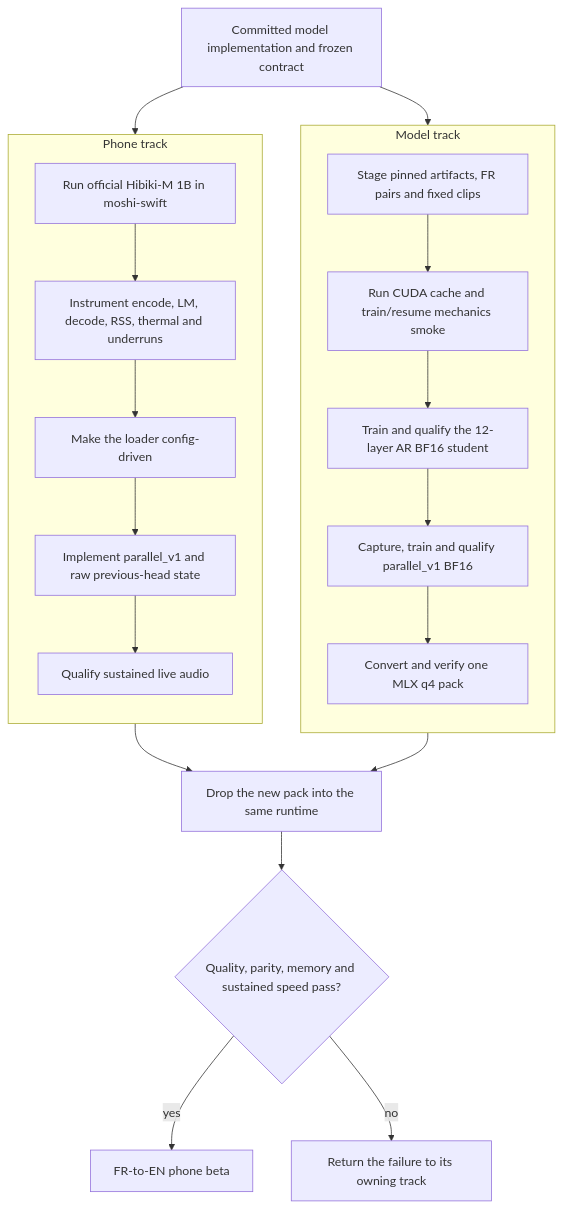
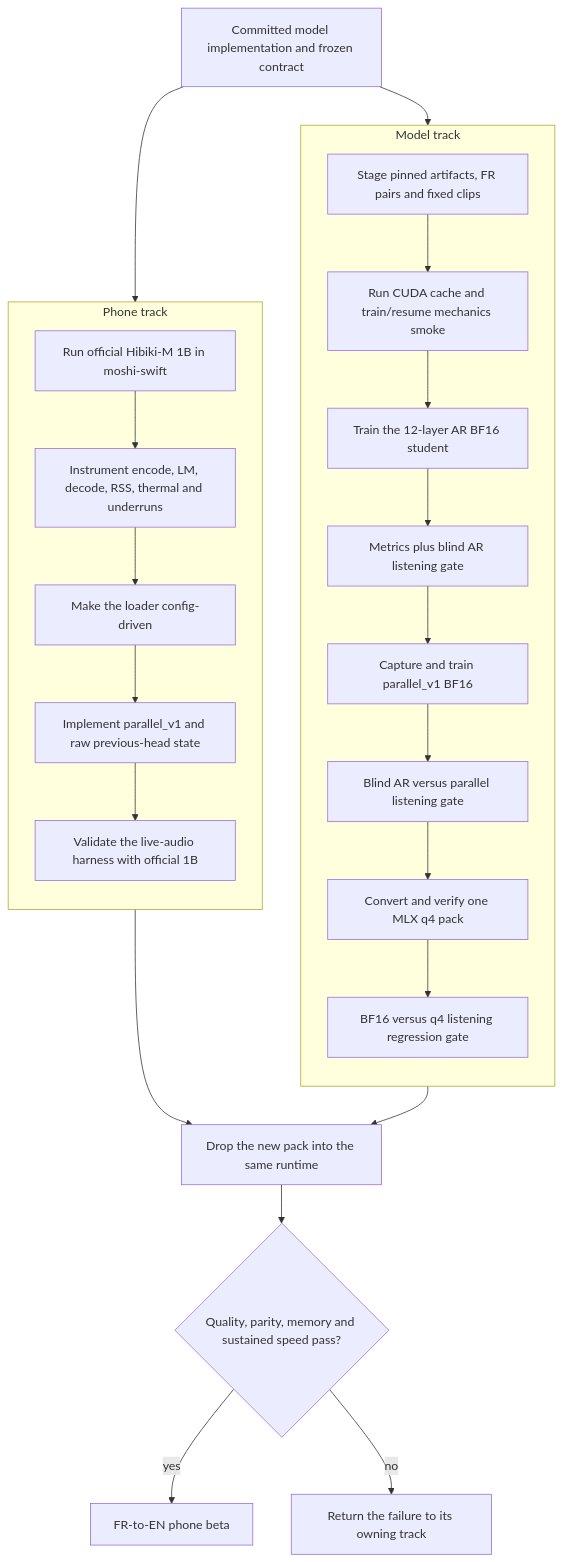
Before and after one commit to huybik/hibiki-zero-mlx: the first of 4 diagrams in docs/mobile_student_plan.md, drawn with Mermaid. The commit also changed other lines of this file, not shown here.

Commit message:
Add manual listening qualification gates

````diff
--- a/docs/mobile_student_plan.md
+++ b/docs/mobile_student_plan.md
@@ -82,33 +108,36 @@
 ```mermaid
 flowchart TD
     START[Committed model implementation and frozen contract]
 
     START --> MODEL
     START --> PHONE
 
     subgraph MODEL[Model track]
         direction TB
         M0[Stage pinned artifacts, FR pairs and fixed clips]
         M1[Run CUDA cache and train/resume mechanics smoke]
-        M2[Train and qualify the 12-layer AR BF16 student]
-        M3[Capture, train and qualify parallel_v1 BF16]
+        M2[Train the 12-layer AR BF16 student]
+        M2L[Metrics plus blind AR listening gate]
+        M3[Capture and train parallel_v1 BF16]
+        M3L[Blind AR versus parallel listening gate]
         M4[Convert and verify one MLX q4 pack]
-        M0 --> M1 --> M2 --> M3 --> M4
+        M4L[BF16 versus q4 listening regression gate]
+        M0 --> M1 --> M2 --> M2L --> M3 --> M3L --> M4 --> M4L
     end
 
     subgraph PHONE[Phone track]
         direction TB
         P0[Run official Hibiki-M 1B in moshi-swift]
         P1[Instrument encode, LM, decode, RSS, thermal and underruns]
         P2[Make the loader config-driven]
         P3[Implement parallel_v1 and raw previous-head state]
-        P4[Qualify sustained live audio]
+        P4[Validate the live-audio harness with official 1B]
         P0 --> P1 --> P2 --> P3 --> P4
     end
 
-    M4 --> JOIN[Drop the new pack into the same runtime]
+    M4L --> JOIN[Drop the new pack into the same runtime]
     P4 --> JOIN
     JOIN --> PASS{Quality, parity, memory and sustained speed pass?}
     PASS -->|yes| BETA[FR-to-EN phone beta]
     PASS -->|no| OWNER[Return the failure to its owning track]
 ```
````
